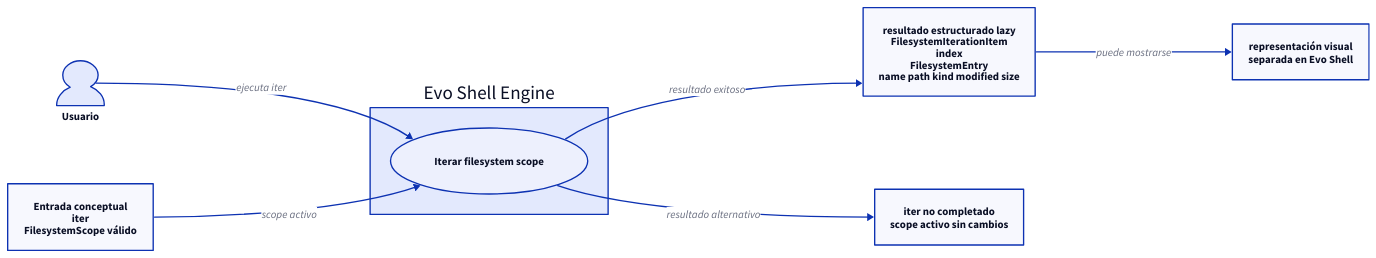
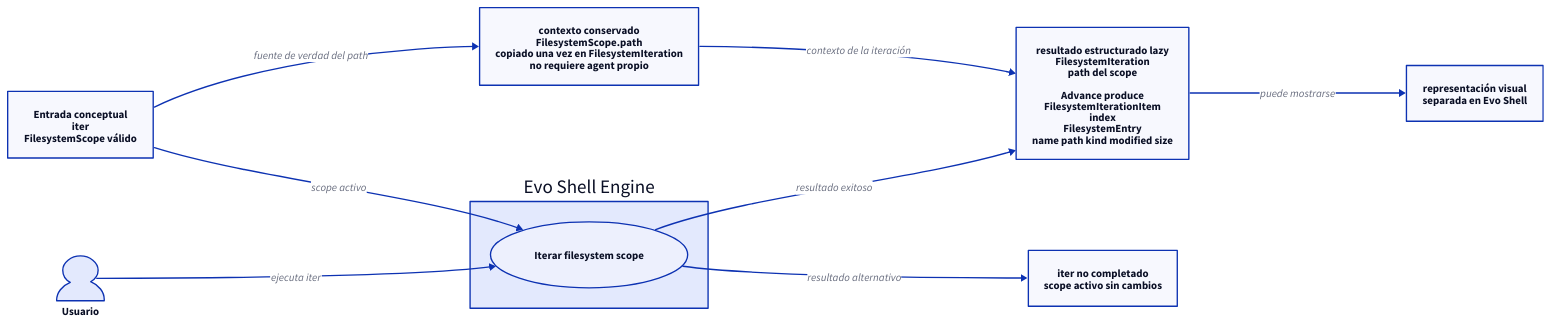
Before and after one commit to niqel/evolution: the diagram in evo-shell-engine/technical_documentation/use_cases/UC-002-iterate-filesystem-scope/use-case.d2, drawn with D2. The commit also changed 10 other files, not shown here.

```diff
--- a/evo-shell-engine/technical_documentation/use_cases/UC-002-iterate-filesystem-scope/use-case.d2
+++ b/evo-shell-engine/technical_documentation/use_cases/UC-002-iterate-filesystem-scope/use-case.d2
@@ -1,35 +1,41 @@
 direction: right
 
 usuario: "Usuario" {
   shape: person
 }
 
 evo_shell_engine: "Evo Shell Engine" {
   shape: rectangle
 
   iterar_scope: "Iterar filesystem scope" {
     shape: oval
   }
 }
 
 entrada: "Entrada conceptual\niter\nFilesystemScope válido" {
   shape: rectangle
 }
 
-resultado_exitoso: "resultado estructurado lazy\nFilesystemIterationItem\nindex\nFilesystemEntry\nname path kind modified size" {
+resultado_exitoso: "resultado estructurado lazy\nFilesystemIteration\npath del scope\n\nAdvance produce\nFilesystemIterationItem\nindex\nFilesystemEntry\nname path kind modified size" {
   shape: rectangle
 }
 
 resultado_alternativo: "iter no completado\nscope activo sin cambios" {
   shape: rectangle
 }
 
 presentacion: "representación visual\nseparada en Evo Shell" {
   shape: rectangle
 }
 
+path_context: "contexto conservado\nFilesystemScope.path\ncopiado una vez en FilesystemIteration\nno requiere agent propio" {
+  shape: rectangle
+}
+
 usuario -> evo_shell_engine.iterar_scope: "ejecuta iter"
 entrada -> evo_shell_engine.iterar_scope: "scope activo"
 evo_shell_engine.iterar_scope -> resultado_exitoso: "resultado exitoso"
 evo_shell_engine.iterar_scope -> resultado_alternativo: "resultado alternativo"
 resultado_exitoso -> presentacion: "puede mostrarse"
+entrada -> path_context: "fuente de verdad del path"
+path_context -> resultado_exitoso: "contexto de la iteración"
```
